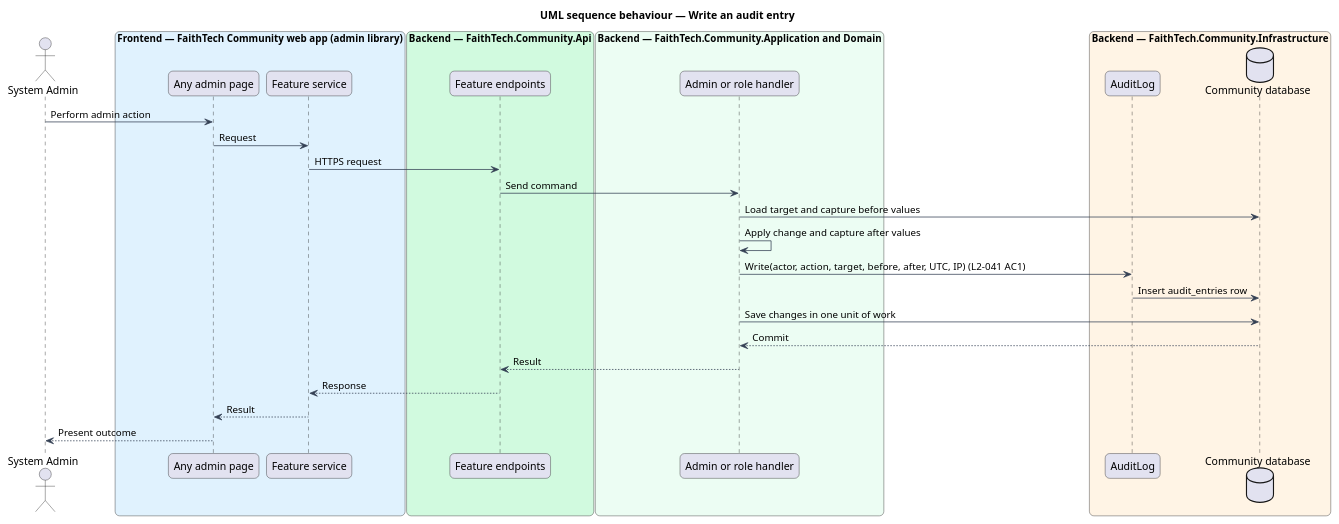
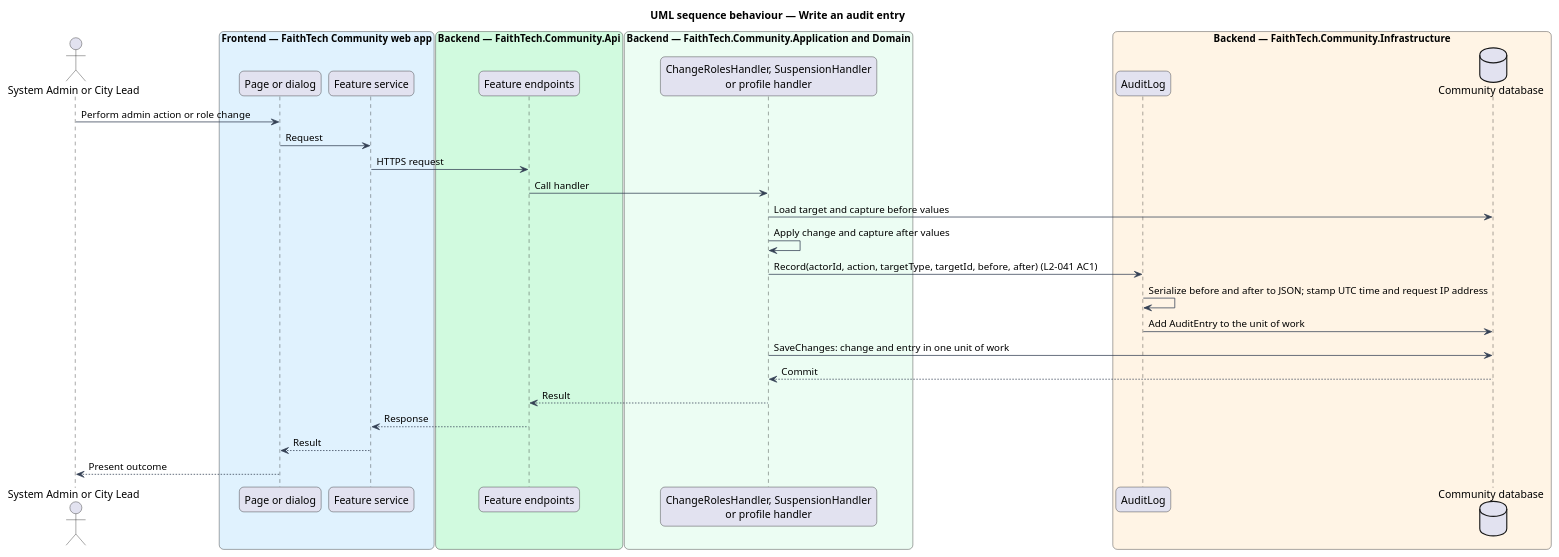
One commit to QuinntyneBrown/faithtech-community changed the diagram in docs/detailed-designs/admin/audit-log/diagrams/sequence-write-entry.puml. Above: the diagram before and after it, drawn with PlantUML. The commit also changed 67 other files, not shown here.

First line of the commit message:
Align the admin and invites designs and diagrams with the built code

```diff
--- a/docs/detailed-designs/admin/audit-log/diagrams/sequence-write-entry.puml
+++ b/docs/detailed-designs/admin/audit-log/diagrams/sequence-write-entry.puml
@@ -1,46 +1,47 @@
 @startuml
 title UML sequence behaviour — Write an audit entry
 skinparam backgroundColor #FFFFFF
 skinparam shadowing false
 skinparam roundcorner 12
 skinparam defaultFontName Arial
 skinparam ArrowColor #344054
 skinparam rectangle {
   BorderColor #344054
   FontColor #101828
 }
 skinparam package {
   BorderColor #667085
   FontColor #101828
   BackgroundColor #F9FAFB
 }
-actor "System Admin" as actor
-box "Frontend — FaithTech Community web app (admin library)" #E0F2FE
-  participant "Any admin page" as page
+actor "System Admin or City Lead" as actor
+box "Frontend — FaithTech Community web app" #E0F2FE
+  participant "Page or dialog" as page
   participant "Feature service" as svc
 end box
 box "Backend — FaithTech.Community.Api" #D1FADF
   participant "Feature endpoints" as ep
 end box
 box "Backend — FaithTech.Community.Application and Domain" #ECFDF3
-  participant "Admin or role handler" as h
+  participant "ChangeRolesHandler, SuspensionHandler\nor profile handler" as h
 end box
 box "Backend — FaithTech.Community.Infrastructure" #FFF4E5
   participant "AuditLog" as audit
   database "Community database" as db
 end box
-actor -> page : Perform admin action
+actor -> page : Perform admin action or role change
 page -> svc : Request
 svc -> ep : HTTPS request
-ep -> h : Send command
+ep -> h : Call handler
 h -> db : Load target and capture before values
 h -> h : Apply change and capture after values
-h -> audit : Write(actor, action, target, before, after, UTC, IP) (L2-041 AC1)
-audit -> db : Insert audit_entries row
-h -> db : Save changes in one unit of work
+h -> audit : Record(actorId, action, targetType, targetId, before, after) (L2-041 AC1)
+audit -> audit : Serialize before and after to JSON; stamp UTC time and request IP address
+audit -> db : Add AuditEntry to the unit of work
+h -> db : SaveChanges: change and entry in one unit of work
 db --> h : Commit
 h --> ep : Result
 ep --> svc : Response
 svc --> page : Result
 page --> actor : Present outcome
 @enduml
```
